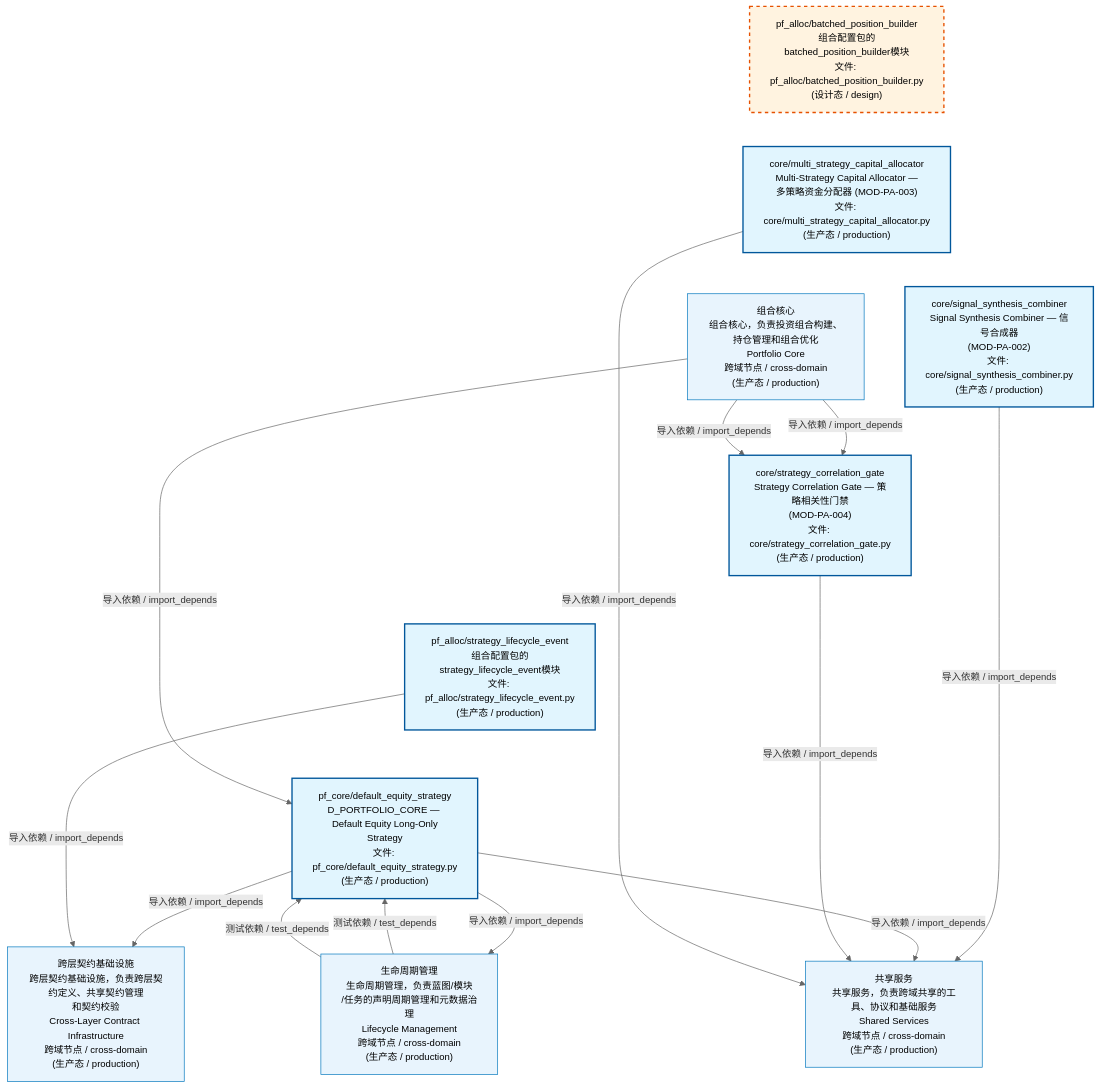
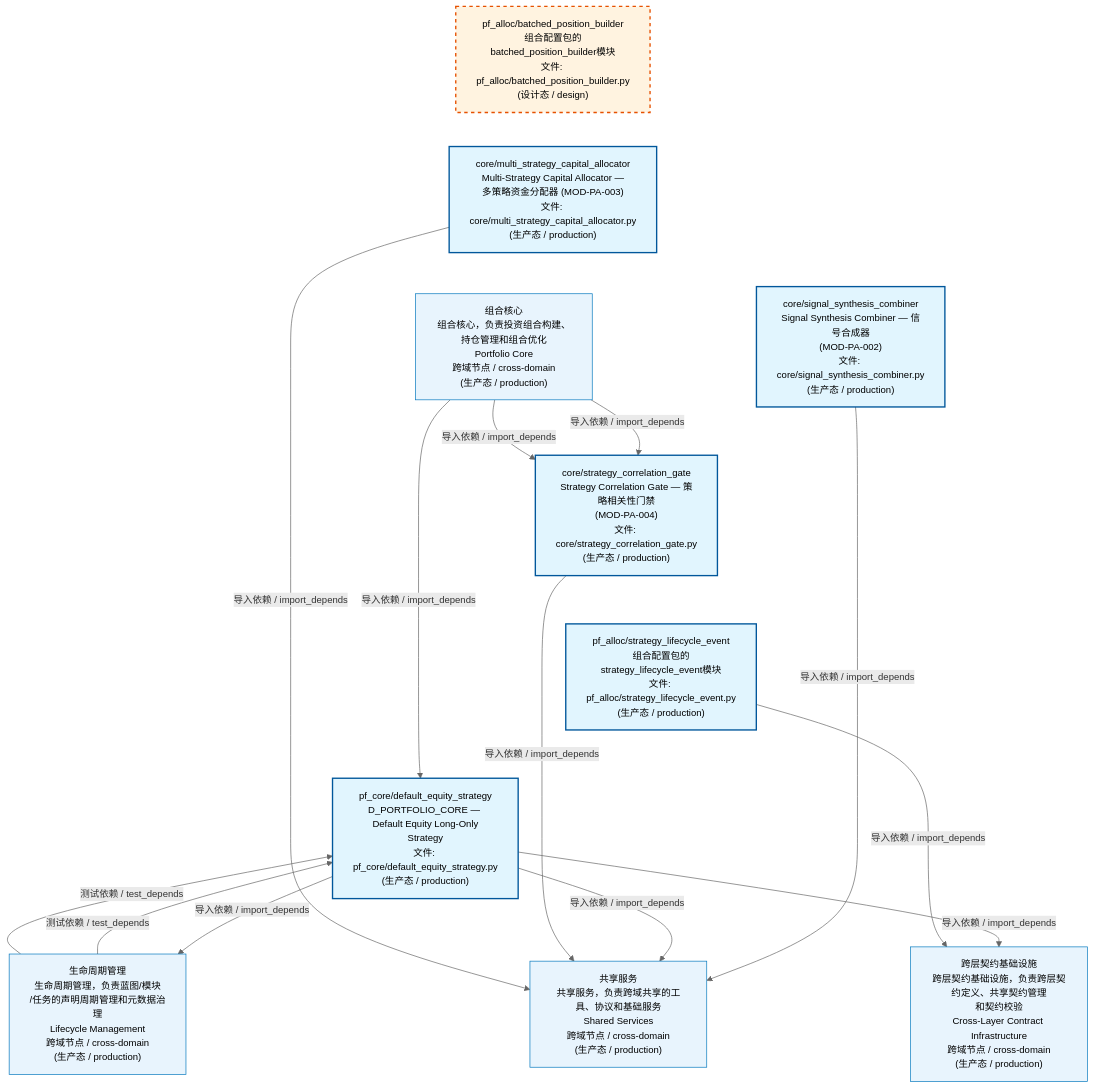
One commit to xuanFelixVan/ZephyrAlpha changed the first of 4 diagrams in docs/02_enterprise_architecture/02_domain_architecture_docs/62_d_pf_alloc.md. Above: the diagram before and after it, drawn with Mermaid. The commit also changed other lines of this file and 49 other files, not shown here.

````diff
--- a/docs/02_enterprise_architecture/02_domain_architecture_docs/62_d_pf_alloc.md
+++ b/docs/02_enterprise_architecture/02_domain_architecture_docs/62_d_pf_alloc.md
@@ -53,38 +53,38 @@
 ```mermaid
 %%{init: {'theme': 'base', 'themeVariables': {'primaryColor': '#eaeaea', 'primaryTextColor': '#333333', 'primaryBorderColor': '#666666', 'lineColor': '#666666', 'secondaryColor': '#eaeaea', 'tertiaryColor': '#eaeaea', 'fontSize': '14px'}}}%%
 flowchart TD
     src_zephyr_pf_alloc_batched_position_builder_py["pf_alloc/batched_position_builder<br/>组合配置包的batched_position_builder模块<br/>文件: pf_alloc/batched_position_builder.py<br/>(设计态 / design)"]
     src_zephyr_pf_alloc_core_multi_strategy_capital_allocator_py["core/multi_strategy_capital_allocator<br/>Multi-Strategy Capital Allocator —<br/>多策略资金分配器 (MOD-PA-003)<br/>文件: core/multi_strategy_capital_allocator.py<br/>(生产态 / production)"]
     src_zephyr_pf_alloc_core_signal_synthesis_combiner_py["core/signal_synthesis_combiner<br/>Signal Synthesis Combiner — 信号合成器<br/>(MOD-PA-002)<br/>文件: core/signal_synthesis_combiner.py<br/>(生产态 / production)"]
     src_zephyr_pf_alloc_core_strategy_correlation_gate_py["core/strategy_correlation_gate<br/>Strategy Correlation Gate — 策略相关性门禁<br/>(MOD-PA-004)<br/>文件: core/strategy_correlation_gate.py<br/>(生产态 / production)"]
     src_zephyr_pf_alloc_strategy_lifecycle_event_py["pf_alloc/strategy_lifecycle_event<br/>组合配置包的strategy_lifecycle_event模块<br/>文件: pf_alloc/strategy_lifecycle_event.py<br/>(生产态 / production)"]
     src_zephyr_pf_core_default_equity_strategy_py["pf_core/default_equity_strategy<br/>D_PORTFOLIO_CORE — Default Equity Long-Only<br/>Strategy<br/>文件: pf_core/default_equity_strategy.py<br/>(生产态 / production)"]
     src_zephyr_pf_alloc_batched_position_builder_py ~~~ src_zephyr_pf_alloc_core_multi_strategy_capital_allocator_py
     src_zephyr_pf_alloc_core_multi_strategy_capital_allocator_py ~~~ src_zephyr_pf_alloc_core_signal_synthesis_combiner_py
     src_zephyr_pf_alloc_core_signal_synthesis_combiner_py ~~~ src_zephyr_pf_alloc_core_strategy_correlation_gate_py
     src_zephyr_pf_alloc_core_strategy_correlation_gate_py ~~~ src_zephyr_pf_alloc_strategy_lifecycle_event_py
     src_zephyr_pf_alloc_strategy_lifecycle_event_py ~~~ src_zephyr_pf_core_default_equity_strategy_py
     D_SHARED["共享服务<br/>共享服务，负责跨域共享的工具、协议和基础服务<br/>Shared Services<br/>跨域节点 / cross-domain<br/>(生产态 / production)"]
     src_zephyr_pf_alloc_core_signal_synthesis_combiner_py -->|导入依赖 / import_depends| D_SHARED
     D_GOVERNANCE["生命周期管理<br/>生命周期管理，负责蓝图/模块<br/>/任务的声明周期管理和元数据治理<br/>Lifecycle Management<br/>跨域节点 / cross-domain<br/>(生产态 / production)"]
     src_zephyr_pf_core_default_equity_strategy_py -->|导入依赖 / import_depends| D_GOVERNANCE
     src_zephyr_pf_core_default_equity_strategy_py -->|导入依赖 / import_depends| D_SHARED
     src_zephyr_pf_alloc_core_strategy_correlation_gate_py -->|导入依赖 / import_depends| D_SHARED
     src_zephyr_pf_alloc_core_multi_strategy_capital_allocator_py -->|导入依赖 / import_depends| D_SHARED
     D_INFRASTRUCTURE["跨层契约基础设施<br/>跨层契约基础设施，负责跨层契约定义、共享契约管理<br/>和契约校验<br/>Cross-Layer Contract Infrastructure<br/>跨域节点 / cross-domain<br/>(生产态 / production)"]
     src_zephyr_pf_core_default_equity_strategy_py -->|导入依赖 / import_depends| D_INFRASTRUCTURE
     src_zephyr_pf_alloc_strategy_lifecycle_event_py -->|导入依赖 / import_depends| D_INFRASTRUCTURE
-    D_PF_CORE["组合核心<br/>组合核心，负责投资组合构建、持仓管理和组合优化<br/>Portfolio Core<br/>跨域节点 / cross-domain<br/>(生产态 / production)"]
-    D_PF_CORE -->|导入依赖 / import_depends| src_zephyr_pf_alloc_core_strategy_correlation_gate_py
     D_GOVERNANCE -->|测试依赖 / test_depends| src_zephyr_pf_core_default_equity_strategy_py
     D_GOVERNANCE -->|测试依赖 / test_depends| src_zephyr_pf_core_default_equity_strategy_py
+    D_PF_CORE["组合核心<br/>组合核心，负责投资组合构建、持仓管理和组合优化<br/>Portfolio Core<br/>跨域节点 / cross-domain<br/>(生产态 / production)"]
     D_PF_CORE -->|导入依赖 / import_depends| src_zephyr_pf_core_default_equity_strategy_py
+    D_PF_CORE -->|导入依赖 / import_depends| src_zephyr_pf_alloc_core_strategy_correlation_gate_py
     D_PF_CORE -->|导入依赖 / import_depends| src_zephyr_pf_alloc_core_strategy_correlation_gate_py
     classDef production fill:#e1f5fe,stroke:#01579b,stroke-width:2px,color:#000
     classDef design fill:#fff3e0,stroke:#e65100,stroke-width:2px,color:#000,stroke-dasharray: 5 5
     classDef external_prod fill:#e8f4fd,stroke:#0277bd,stroke-width:1px,color:#000
     classDef external_design fill:#fff8e7,stroke:#ef6c00,stroke-width:1px,color:#000,stroke-dasharray: 5 5
     class src_zephyr_pf_alloc_core_multi_strategy_capital_allocator_py,src_zephyr_pf_alloc_core_signal_synthesis_combiner_py,src_zephyr_pf_alloc_core_strategy_correlation_gate_py,src_zephyr_pf_alloc_strategy_lifecycle_event_py,src_zephyr_pf_core_default_equity_strategy_py production
     class src_zephyr_pf_alloc_batched_position_builder_py design
     class D_SHARED,D_GOVERNANCE,D_INFRASTRUCTURE,D_PF_CORE external_prod
 ```
````
